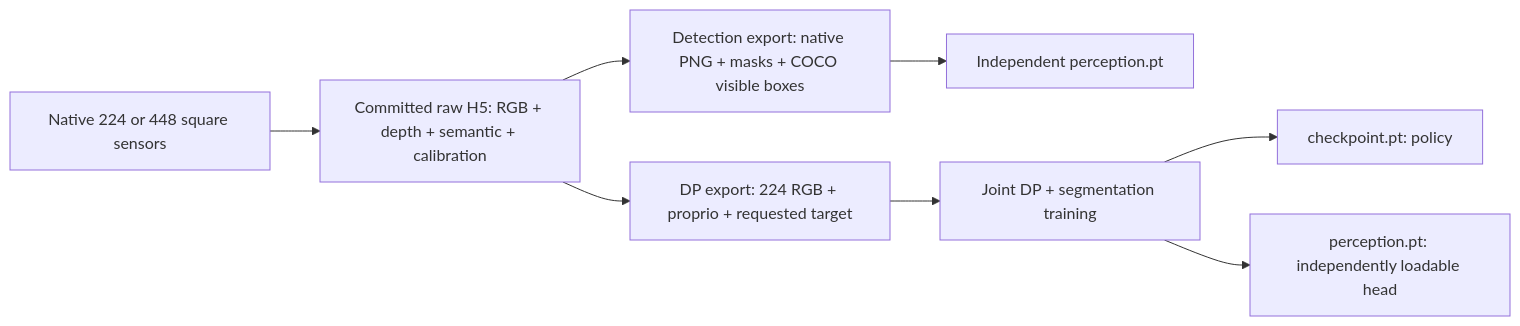
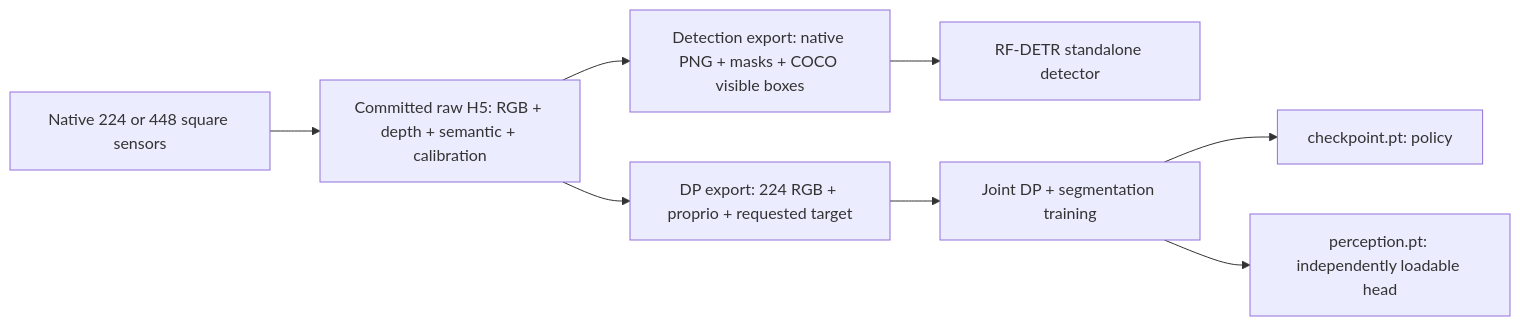
Before and after one commit to angelinemar/NSTC-Surgical-Instrument-Pick-Place: the diagram in docs/TRAINING_V2.md, drawn with Mermaid. The commit also changed other lines of this file and 11 other files, not shown here.

````diff
--- a/docs/TRAINING_V2.md
+++ b/docs/TRAINING_V2.md
@@ -5,10 +5,10 @@
 ```mermaid
 flowchart LR
     S[Native 224 or 448 square sensors] --> R[Committed raw H5: RGB + depth + semantic + calibration]
     R --> D[Detection export: native PNG + masks + COCO visible boxes]
     R --> P[DP export: 224 RGB + proprio + requested target]
-    D --> M[Independent perception.pt]
+    D --> M[RF-DETR standalone detector]
     P --> J[Joint DP + segmentation training]
     J --> A[checkpoint.pt: policy]
     J --> B[perception.pt: independently loadable head]
 ```
````
